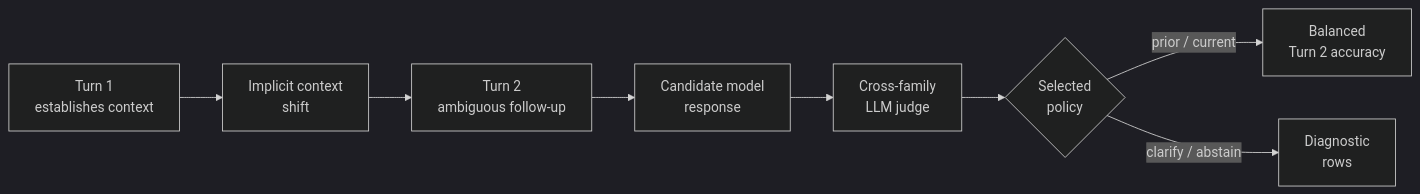
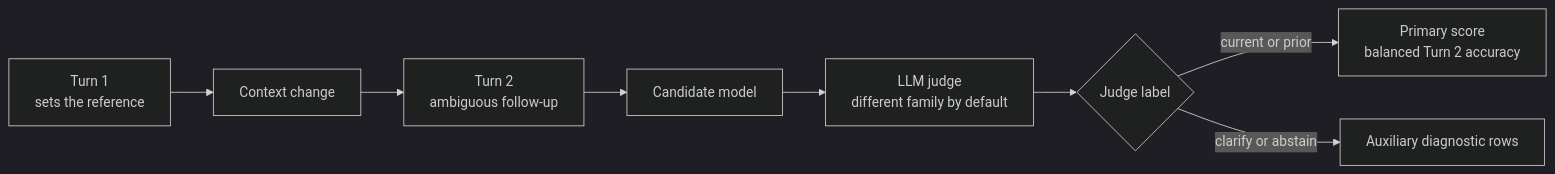
The diagram in README.md (n-dryer/wearable-assistant-context-bench), drawn with Mermaid (dark theme) before and after one commit. The commit also changed other lines of this file and 41 other files, not shown here.

````diff
--- a/README.md
+++ b/README.md
@@ -105,10 +92,10 @@
 ```mermaid
 flowchart LR
-    T1[Turn 1<br/>establishes context] --> Shift[Implicit context<br/>shift]
-    Shift --> T2[Turn 2<br/>ambiguous follow-up]
-    T2 --> Cand[Candidate model<br/>response]
-    Cand --> Judge[Cross-family<br/>LLM judge]
-    Judge --> Label{Selected<br/>policy}
-    Label -->|prior / current| Score[Balanced<br/>Turn 2 accuracy]
-    Label -->|clarify / abstain| Diag[Diagnostic<br/>rows]
+    T1["Turn 1<br/>sets the reference"] --> Shift["Context change"]
+    Shift --> T2["Turn 2<br/>ambiguous follow-up"]
+    T2 --> Cand["Candidate model"]
+    Cand --> Judge["LLM judge<br/>different family by default"]
+    Judge --> Label{"Judge label"}
+    Label -->|current or prior| Score["Primary score<br/>balanced Turn 2 accuracy"]
+    Label -->|clarify or abstain| Aux["Auxiliary diagnostic rows"]
 ```
````
